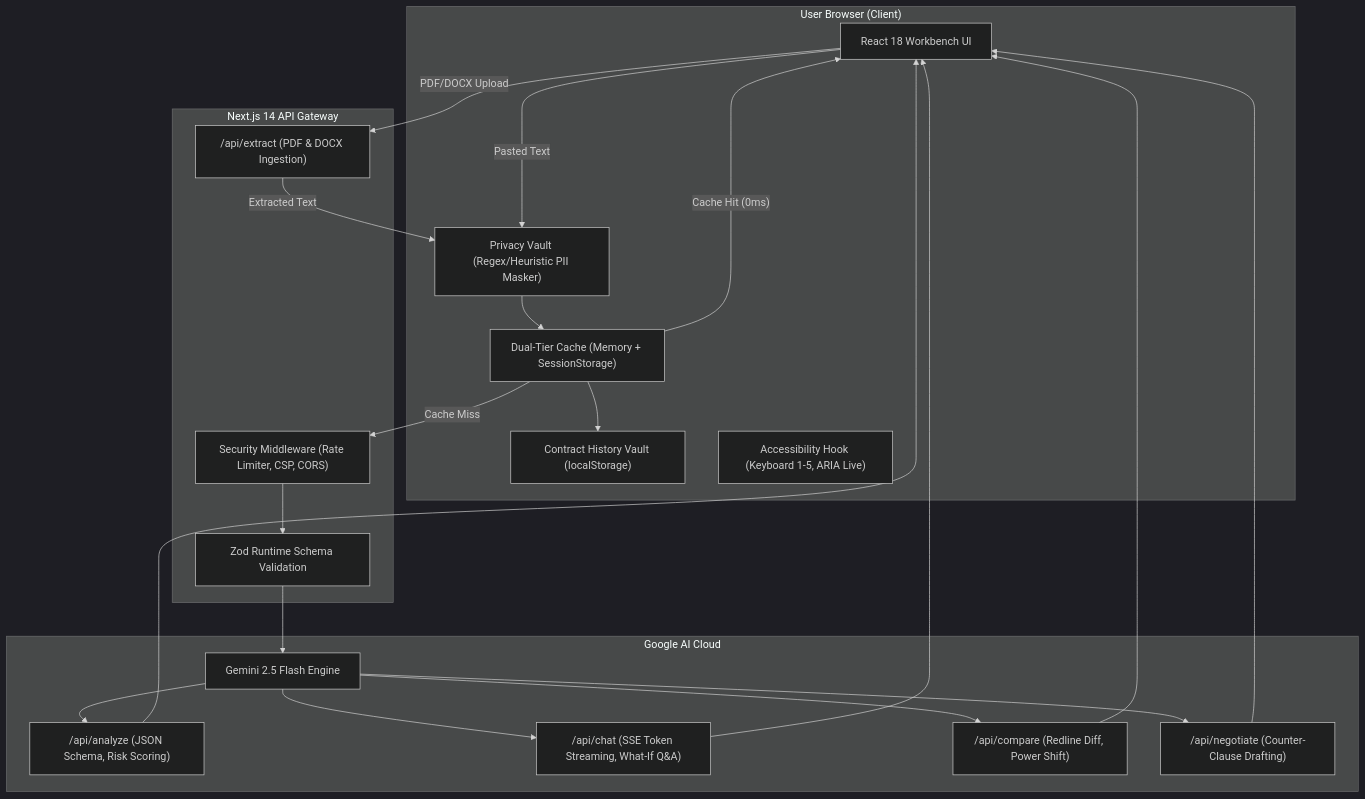
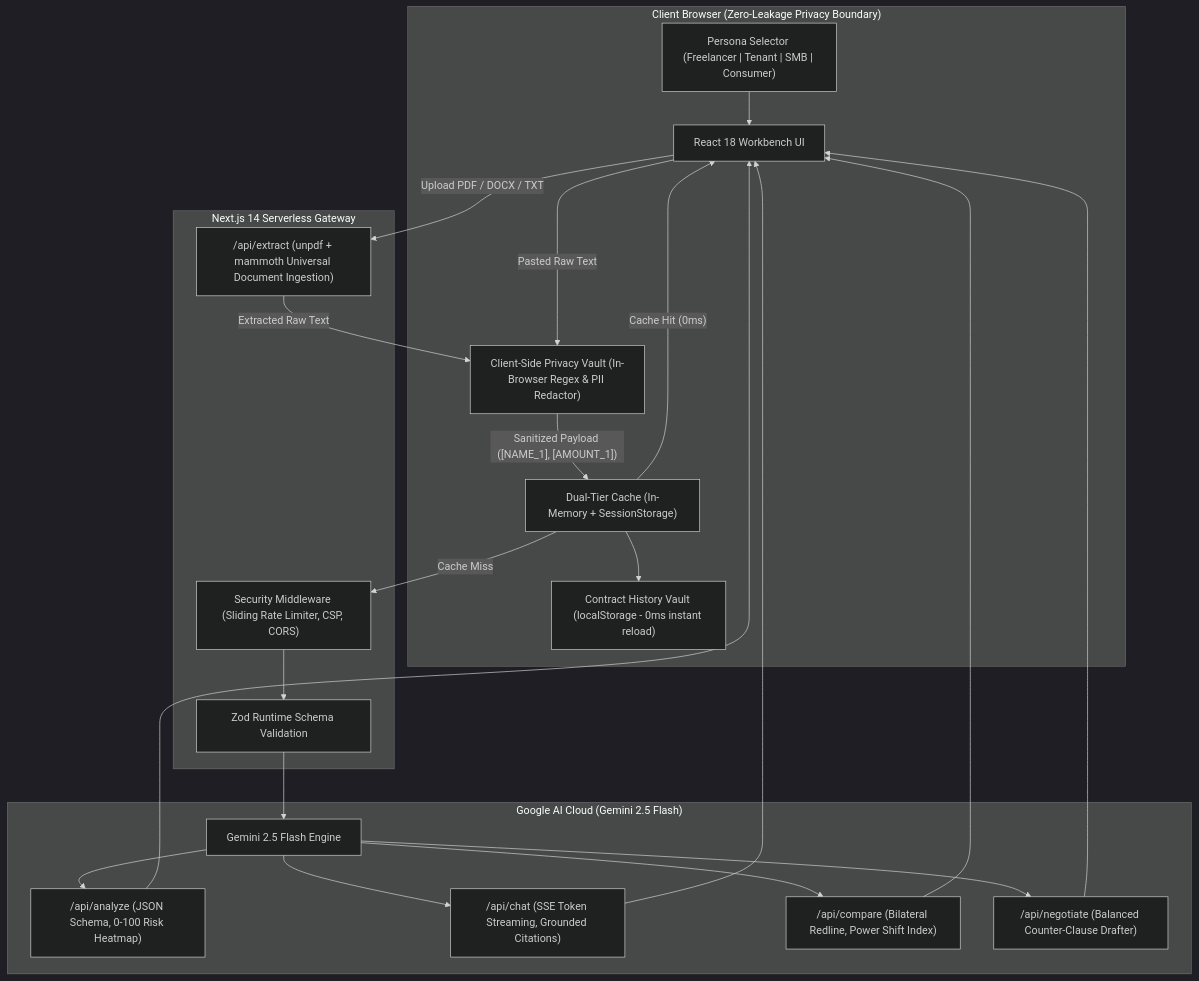
Before and after one commit to HarshitDhaduk/LexiGuard-AI: the diagram in README.md, drawn with Mermaid (dark theme). The commit also changed other lines of this file and 15 other files, not shown here.

````diff
--- a/README.md
+++ b/README.md
@@ -41,36 +82,37 @@
 ```mermaid
 flowchart TD
-    subgraph Browser ["User Browser (Client)"]
+    subgraph Client ["Client Browser (Zero-Leakage Privacy Boundary)"]
         UI["React 18 Workbench UI"]
-        PV["Privacy Vault (Regex/Heuristic PII Masker)"]
-        CV["Contract History Vault (localStorage)"]
-        CC["Dual-Tier Cache (Memory + SessionStorage)"]
-        A11Y["Accessibility Hook (Keyboard 1-5, ARIA Live)"]
+        PER["Persona Selector (Freelancer | Tenant | SMB | Consumer)"]
+        PV["Client-Side Privacy Vault (In-Browser Regex & PII Redactor)"]
+        CV["Contract History Vault (localStorage - 0ms instant reload)"]
+        CC["Dual-Tier Cache (In-Memory + SessionStorage)"]
     end
 
-    subgraph Server ["Next.js 14 API Gateway"]
-        MW["Security Middleware (Rate Limiter, CSP, CORS)"]
-        EX["/api/extract (PDF & DOCX Ingestion)"]
+    subgraph Gateway ["Next.js 14 Serverless Gateway"]
+        MW["Security Middleware (Sliding Rate Limiter, CSP, CORS)"]
+        EX["/api/extract (unpdf + mammoth Universal Document Ingestion)"]
         ZV["Zod Runtime Schema Validation"]
     end
 
-    subgraph GenAI ["Google AI Cloud"]
+    subgraph AI ["Google AI Cloud (Gemini 2.5 Flash)"]
         GEM["Gemini 2.5 Flash Engine"]
-        F1["/api/analyze (JSON Schema, Risk Scoring)"]
-        F2["/api/chat (SSE Token Streaming, What-If Q&A)"]
-        F3["/api/compare (Redline Diff, Power Shift)"]
-        F4["/api/negotiate (Counter-Clause Drafting)"]
+        F1["/api/analyze (JSON Schema, 0-100 Risk Heatmap)"]
+        F2["/api/chat (SSE Token Streaming, Grounded Citations)"]
+        F3["/api/compare (Bilateral Redline, Power Shift Index)"]
+        F4["/api/negotiate (Balanced Counter-Clause Drafter)"]
     end
 
-    UI -- "PDF/DOCX Upload" --> EX
-    EX -- "Extracted Text" --> PV
-    UI -- "Pasted Text" --> PV
-    PV --> CC
+    PER --> UI
+    UI -- "Upload PDF / DOCX / TXT" --> EX
+    EX -- "Extracted Raw Text" --> PV
+    UI -- "Pasted Raw Text" --> PV
+    PV -- "Sanitized Payload ([NAME_1], [AMOUNT_1])" --> CC
     CC --> CV
     CC -- "Cache Hit (0ms)" --> UI
     CC -- "Cache Miss" --> MW
     MW --> ZV
     ZV --> GEM
     GEM --> F1 & F2 & F3 & F4
     F1 & F2 & F3 & F4 --> UI
 ```
````
